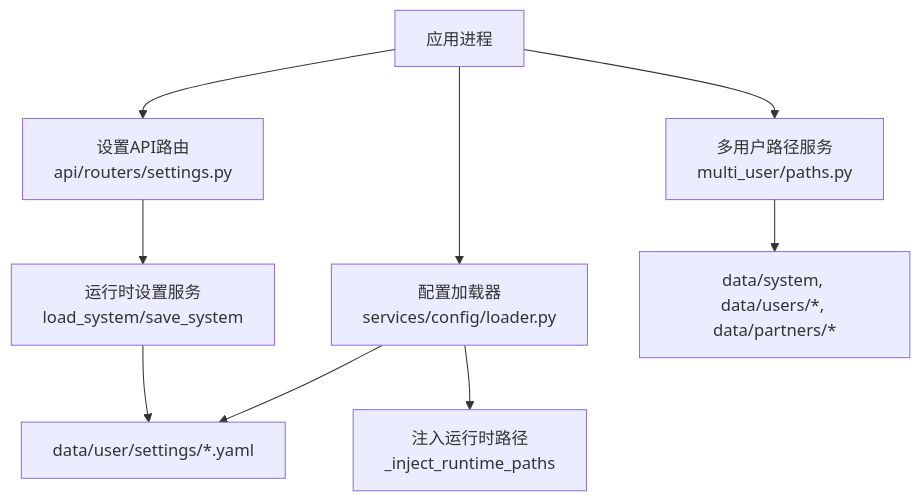
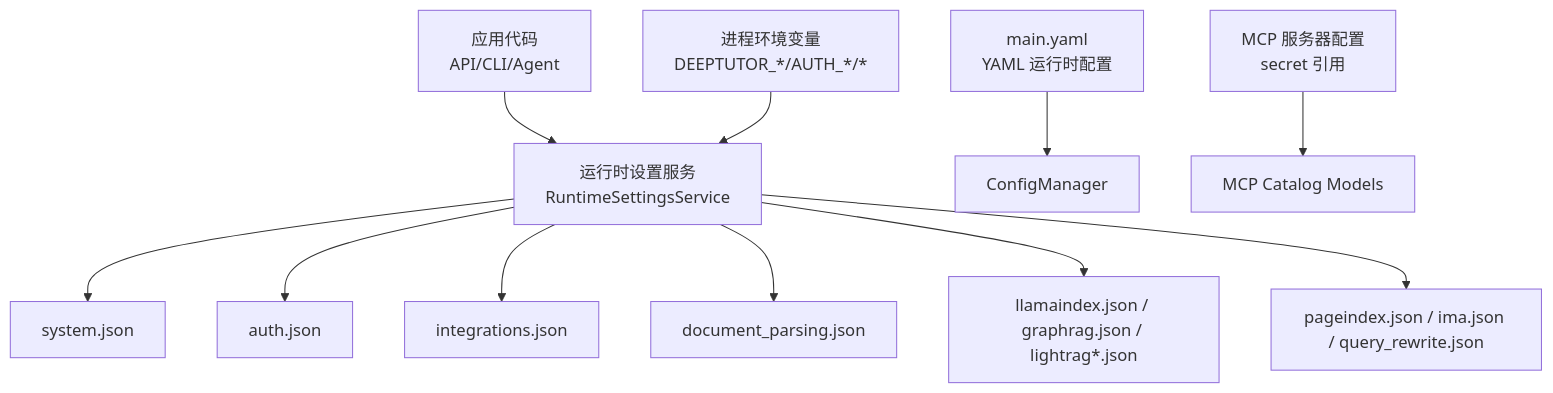
One commit to gongzili456/DeepTutor changed the first of 6 diagrams in .qoder/repowiki/zh/content/配置管理/配置管理.md. Above: the diagram before and after it, drawn with Mermaid. The commit also changed other lines of this file and 1242 other files, not shown here.

````diff
--- a/.qoder/repowiki/zh/content/配置管理/配置管理.md
+++ b/.qoder/repowiki/zh/content/配置管理/配置管理.md
@@ -36,11 +36,13 @@
 ```mermaid
 graph TB
-A["应用进程"] --> B["配置加载器<br/>services/config/loader.py"]
-B --> C["data/user/settings/*.yaml"]
-B --> D["注入运行时路径<br/>_inject_runtime_paths"]
-A --> E["设置API路由<br/>api/routers/settings.py"]
-E --> F["运行时设置服务<br/>load_system/save_system"]
-F --> C
-A --> G["多用户路径服务<br/>multi_user/paths.py"]
-G --> H["data/system, data/users/*, data/partners/*"]
+A["应用代码<br/>API/CLI/Agent"] --> B["运行时设置服务<br/>RuntimeSettingsService"]
+B --> C["system.json"]
+B --> D["auth.json"]
+B --> E["integrations.json"]
+B --> F["document_parsing.json"]
+B --> G["llamaindex.json / graphrag.json / lightrag*.json"]
+B --> H["pageindex.json / ima.json / query_rewrite.json"]
+I["进程环境变量<br/>DEEPTUTOR_*/AUTH_*/*"] --> B
+J["main.yaml<br/>YAML 运行时配置"] --> K["ConfigManager"]
+L["MCP 服务器配置<br/>secret 引用"] --> M["MCP Catalog Models"]
 ```
````
